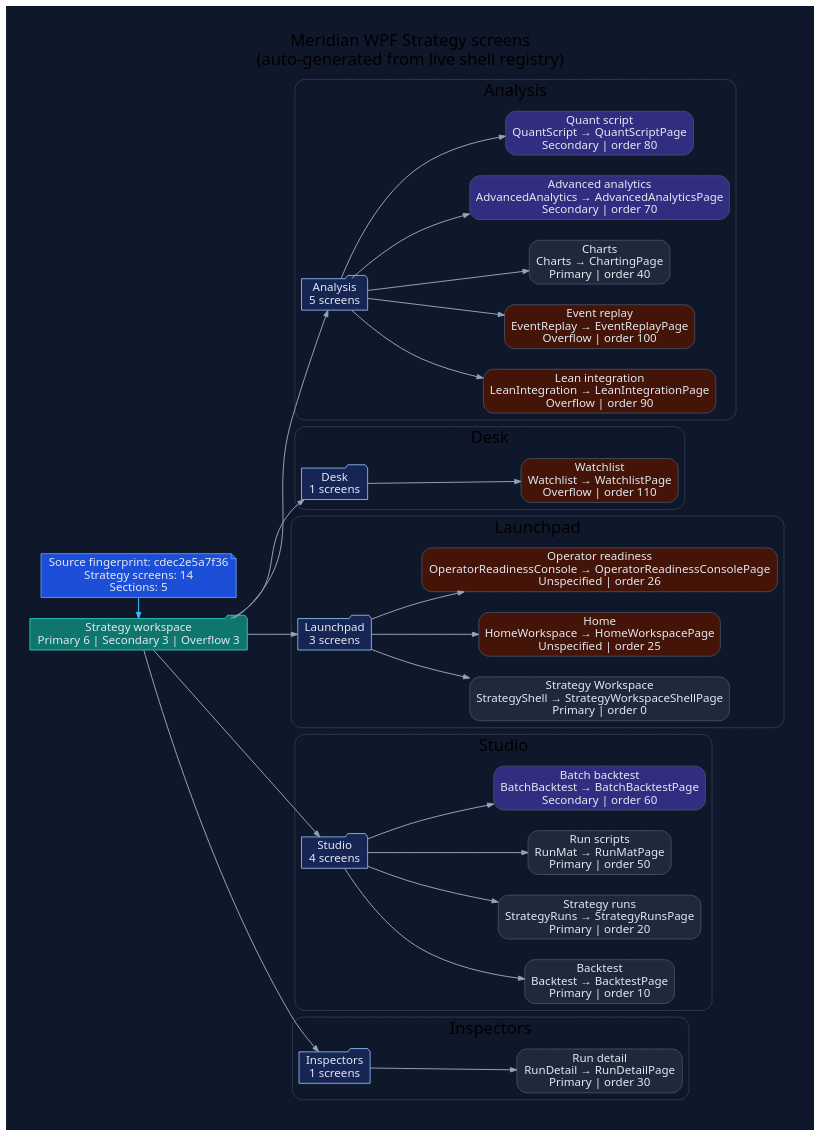
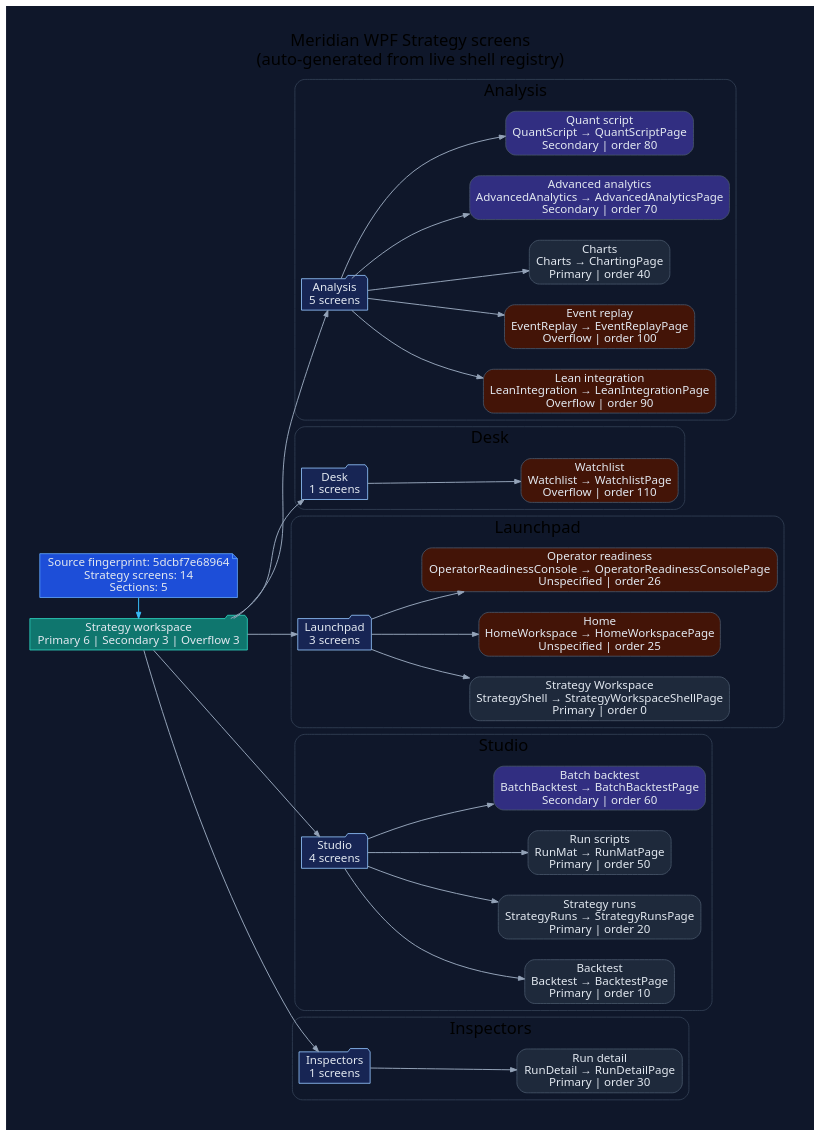
One commit to rodoHasArrived/Meridian-main changed the diagram in docs/diagrams/ui/ui-wpf-screens-strategy.dot. Above: the diagram before and after it, drawn with Graphviz. The commit also changed 49 other files, not shown here.

```diff
--- a/docs/diagrams/ui/ui-wpf-screens-strategy.dot
+++ b/docs/diagrams/ui/ui-wpf-screens-strategy.dot
@@ -1,94 +1,94 @@
 // -----------------------------------------------------------------------------
 // <auto-generated>
 // Generated by scripts/generate-diagrams.mjs.
 // Do not edit this file directly; update the WPF source files instead.
 // -----------------------------------------------------------------------------
 digraph WpfStrategyScreens {
   graph [
     rankdir=LR,
     labelloc=t,
     label="Meridian WPF Strategy screens\n(auto-generated from live shell registry)",
     fontname="Segoe UI",
     fontsize=20,
     pad=0.4,
     nodesep=0.35,
     ranksep=0.85,
     bgcolor="#0f172a"
   ];
   node [fontname="Segoe UI", shape=box, style="rounded,filled", color="#475569", fontcolor="#e2e8f0", fillcolor="#1e293b"];
   edge [fontname="Segoe UI", color="#94a3b8", penwidth=1.2, arrowsize=0.75];
 
-  generated [shape=note, fillcolor="#1d4ed8", color="#60a5fa", label="Source fingerprint: cdec2e5a7f36\nStrategy screens: 14\nSections: 5"];
+  generated [shape=note, fillcolor="#1d4ed8", color="#60a5fa", label="Source fingerprint: 5dcbf7e68964\nStrategy screens: 14\nSections: 5"];
   workspace [shape=folder, fillcolor="#0f766e", color="#2dd4bf", label="Strategy workspace\nPrimary 6 | Secondary 3 | Overflow 3"];
   generated -> workspace [color="#38bdf8"];
 
   subgraph cluster_section_1 {
     label="Analysis";
     color="#334155";
     style="rounded";
     section_1 [shape=folder, fillcolor="#172554", color="#93c5fd", label="Analysis\n5 screens"];
     workspace -> section_1;
     screen_LeanIntegration [fillcolor="#431407", label="Lean integration\nLeanIntegration → LeanIntegrationPage\nOverflow | order 90"];
     section_1 -> screen_LeanIntegration;
     screen_EventReplay [fillcolor="#431407", label="Event replay\nEventReplay → EventReplayPage\nOverflow | order 100"];
     section_1 -> screen_EventReplay;
     screen_Charts [fillcolor="#1e293b", label="Charts\nCharts → ChartingPage\nPrimary | order 40"];
     section_1 -> screen_Charts;
     screen_AdvancedAnalytics [fillcolor="#312e81", label="Advanced analytics\nAdvancedAnalytics → AdvancedAnalyticsPage\nSecondary | order 70"];
     section_1 -> screen_AdvancedAnalytics;
     screen_QuantScript [fillcolor="#312e81", label="Quant script\nQuantScript → QuantScriptPage\nSecondary | order 80"];
     section_1 -> screen_QuantScript;
   }
 
   subgraph cluster_section_2 {
     label="Desk";
     color="#334155";
     style="rounded";
     section_2 [shape=folder, fillcolor="#172554", color="#93c5fd", label="Desk\n1 screens"];
     workspace -> section_2;
     screen_Watchlist [fillcolor="#431407", label="Watchlist\nWatchlist → WatchlistPage\nOverflow | order 110"];
     section_2 -> screen_Watchlist;
   }
 
   subgraph cluster_section_3 {
     label="Launchpad";
     color="#334155";
     style="rounded";
     section_3 [shape=folder, fillcolor="#172554", color="#93c5fd", label="Launchpad\n3 screens"];
     workspace -> section_3;
     screen_StrategyShell [fillcolor="#1e293b", label="Strategy Workspace\nStrategyShell → StrategyWorkspaceShellPage\nPrimary | order 0"];
     section_3 -> screen_StrategyShell;
     screen_HomeWorkspace [fillcolor="#431407", label="Home\nHomeWorkspace → HomeWorkspacePage\nUnspecified | order 25"];
     section_3 -> screen_HomeWorkspace;
     screen_OperatorReadinessConsole [fillcolor="#431407", label="Operator readiness\nOperatorReadinessConsole → OperatorReadinessConsolePage\nUnspecified | order 26"];
     section_3 -> screen_OperatorReadinessConsole;
   }
 
   subgraph cluster_section_4 {
     label="Studio";
     color="#334155";
     style="rounded";
     section_4 [shape=folder, fillcolor="#172554", color="#93c5fd", label="Studio\n4 screens"];
     workspace -> section_4;
     screen_Backtest [fillcolor="#1e293b", label="Backtest\nBacktest → BacktestPage\nPrimary | order 10"];
     section_4 -> screen_Backtest;
     screen_StrategyRuns [fillcolor="#1e293b", label="Strategy runs\nStrategyRuns → StrategyRunsPage\nPrimary | order 20"];
     section_4 -> screen_StrategyRuns;
     screen_RunMat [fillcolor="#1e293b", label="Run scripts\nRunMat → RunMatPage\nPrimary | order 50"];
     section_4 -> screen_RunMat;
     screen_BatchBacktest [fillcolor="#312e81", label="Batch backtest\nBatchBacktest → BatchBacktestPage\nSecondary | order 60"];
     section_4 -> screen_BatchBacktest;
   }
 
   subgraph cluster_section_5 {
     label="Inspectors";
     color="#334155";
     style="rounded";
     section_5 [shape=folder, fillcolor="#172554", color="#93c5fd", label="Inspectors\n1 screens"];
     workspace -> section_5;
     screen_RunDetail [fillcolor="#1e293b", label="Run detail\nRunDetail → RunDetailPage\nPrimary | order 30"];
     section_5 -> screen_RunDetail;
   }
 
   { rank=min; generated; workspace; }
 }
```
